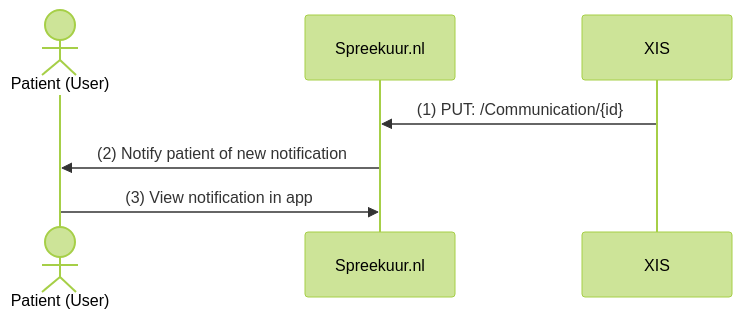
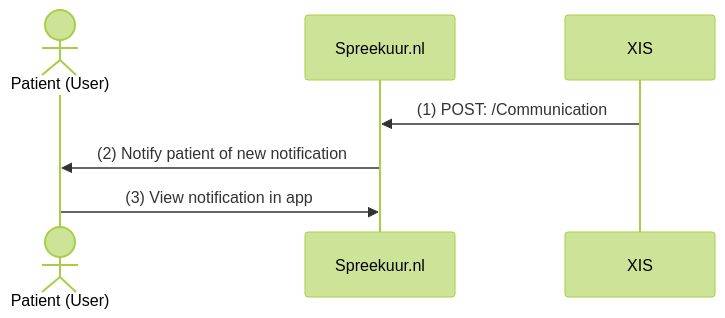
The diagram in docs/features/notification/notifications.md (topicushealthcare/spreekuur-docs), drawn with Mermaid (forest theme) before and after one commit. The commit also changed other lines of this file and 1 other file, not shown here.

Commit message:
SPAT-129 Update notification API to use POST method and revise documentation

````diff
--- a/docs/features/notification/notifications.md
+++ b/docs/features/notification/notifications.md
@@ -39,10 +39,10 @@
 ```mermaid
 sequenceDiagram
     actor Patient (User)
     participant Spreekuur.nl
     participant XIS
     
-    XIS->>Spreekuur.nl: (1) PUT: /Communication/{id}
+    XIS->>Spreekuur.nl: (1) POST: /Communication
     Spreekuur.nl->>Patient (User): (2) Notify patient of new notification
     Patient (User)->>Spreekuur.nl: (3) View notification in app
 ```
````
